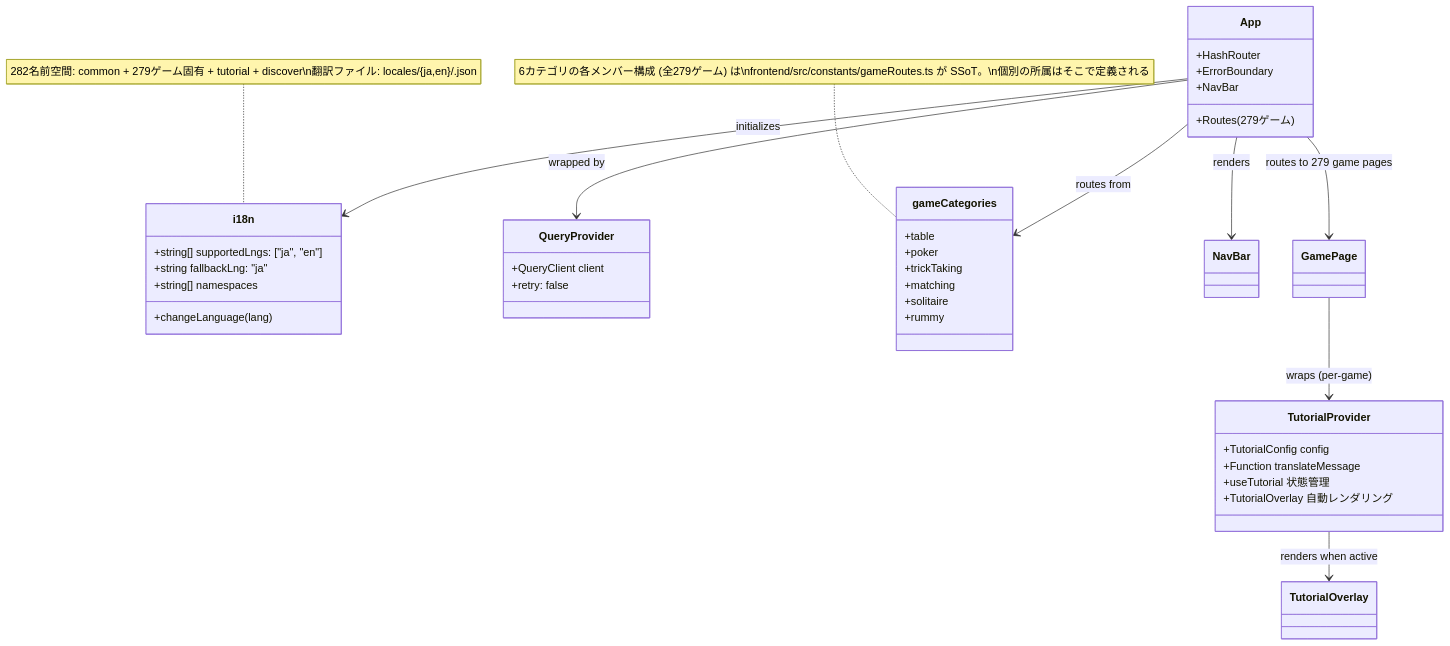
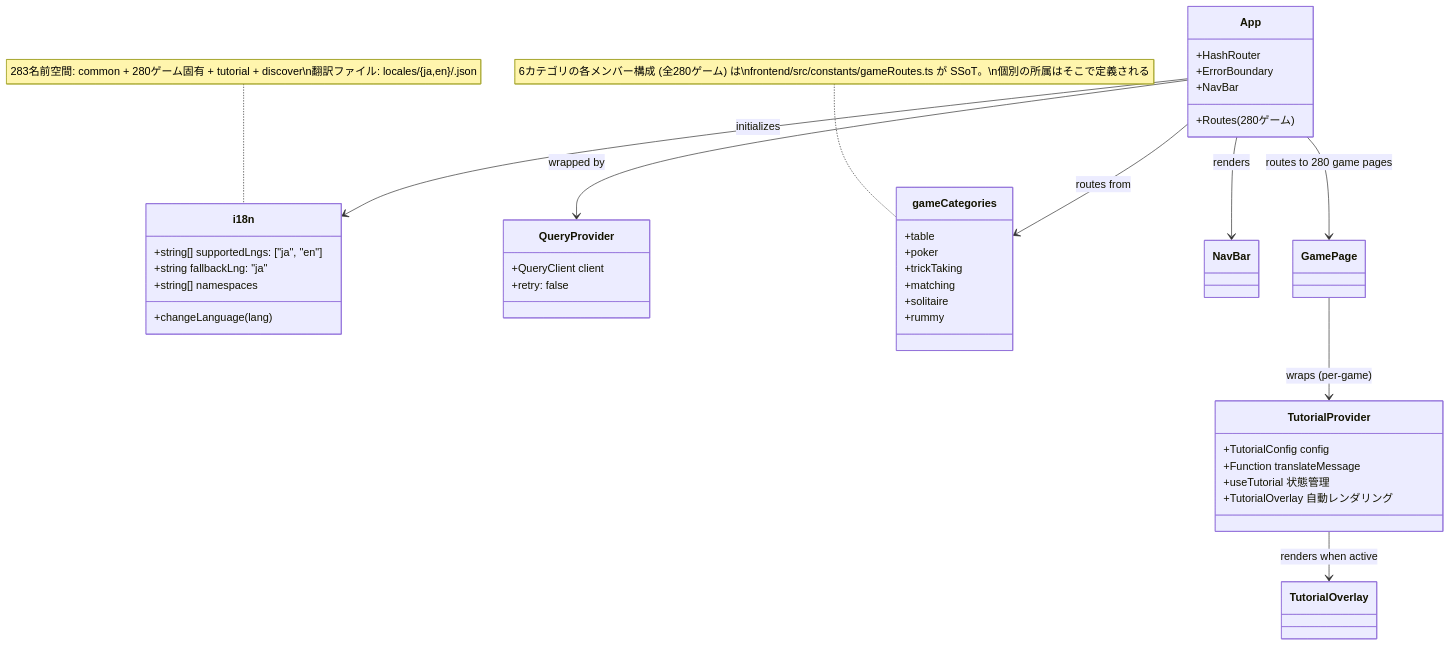
Before and after one commit to yuta-yoshinaga/go_trumpcards: the ninth of 49 diagrams in docs/design/frontend.md, drawn with Mermaid. The commit also changed other lines of this file and 61 other files, not shown here.

````diff
--- a/docs/design/frontend.md
+++ b/docs/design/frontend.md
@@ -1869,48 +1869,48 @@
 ```mermaid
 classDiagram
     class i18n {
         +string[] supportedLngs: ["ja", "en"]
         +string fallbackLng: "ja"
         +string[] namespaces
         +changeLanguage(lang)
     }
 
     class QueryProvider {
         +QueryClient client
         +retry: false
     }
 
     class App {
         +HashRouter
         +ErrorBoundary
         +NavBar
-        +Routes (279ゲーム)
+        +Routes (280ゲーム)
     }
 
     class gameCategories {
         +table
         +poker
         +trickTaking
         +matching
         +solitaire
         +rummy
     }
-    note for gameCategories "6カテゴリの各メンバー構成 (全279ゲーム) は\nfrontend/src/constants/gameRoutes.ts が SSoT。\n個別の所属はそこで定義される"
+    note for gameCategories "6カテゴリの各メンバー構成 (全280ゲーム) は\nfrontend/src/constants/gameRoutes.ts が SSoT。\n個別の所属はそこで定義される"
 
     class TutorialProvider {
         +TutorialConfig config
         +Function translateMessage
         +useTutorial 状態管理
         +TutorialOverlay 自動レンダリング
     }
 
     App --> QueryProvider : wrapped by
     App --> i18n : initializes
     App --> gameCategories : routes from
     App --> NavBar : renders
-    App --> GamePage : routes to 279 game pages
+    App --> GamePage : routes to 280 game pages
     GamePage --> TutorialProvider : wraps (per-game)
     TutorialProvider --> TutorialOverlay : renders when active
 
-    note for i18n "282名前空間: common + 279ゲーム固有 + tutorial + discover\n翻訳ファイル: locales/{ja,en}/<game>.json"
+    note for i18n "283名前空間: common + 280ゲーム固有 + tutorial + discover\n翻訳ファイル: locales/{ja,en}/<game>.json"
 ```
````
